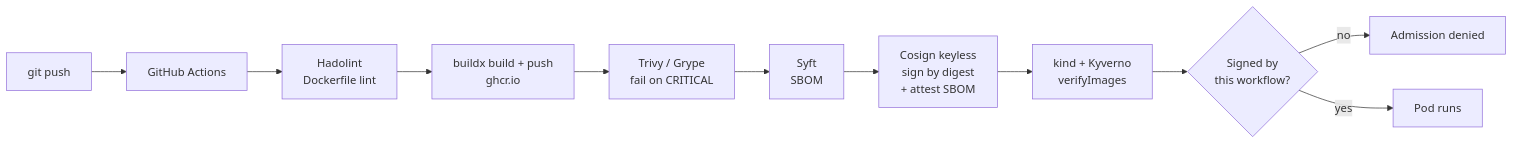
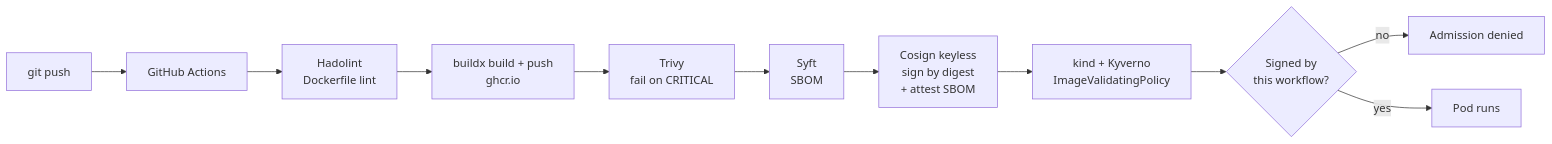
Before and after one commit to vigneshwaraprabu/secure-supply-chain-pipeline: the diagram in README.md, drawn with Mermaid. The commit also changed other lines of this file, not shown here.

Commit message:
docs: use Trivy only, ImageValidatingPolicy, drop quick start for now

````diff
--- a/README.md
+++ b/README.md
@@ -20,13 +20,13 @@
 ```mermaid
 flowchart LR
     A[git push] --> B[GitHub Actions]
     B --> C[Hadolint<br/>Dockerfile lint]
     C --> D[buildx build + push<br/>ghcr.io]
-    D --> E[Trivy / Grype<br/>fail on CRITICAL]
+    D --> E[Trivy<br/>fail on CRITICAL]
     E --> F[Syft<br/>SBOM]
     F --> G[Cosign keyless<br/>sign by digest<br/>+ attest SBOM]
-    G --> H[kind + Kyverno<br/>verifyImages]
+    G --> H[kind + Kyverno<br/>ImageValidatingPolicy]
     H --> I{Signed by<br/>this workflow?}
     I -- no --> J[Admission denied]
     I -- yes --> K[Pod runs]
 ```
````
